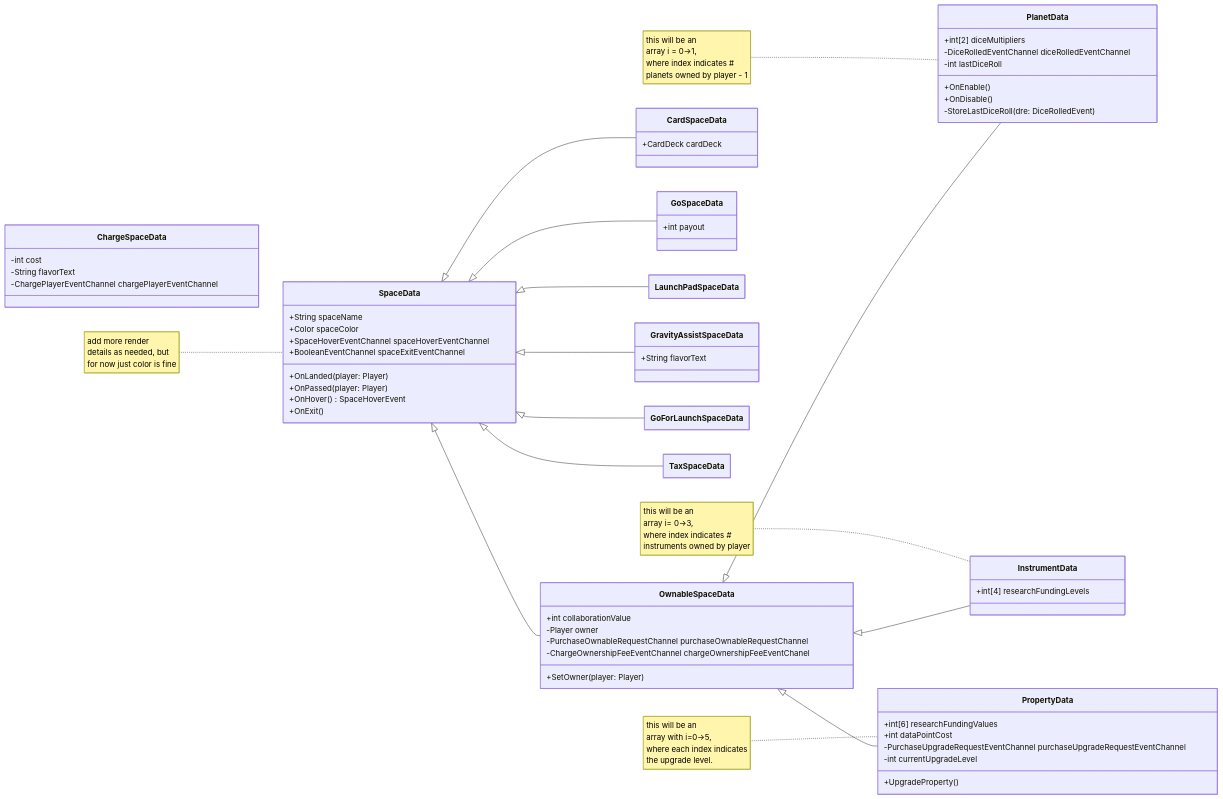
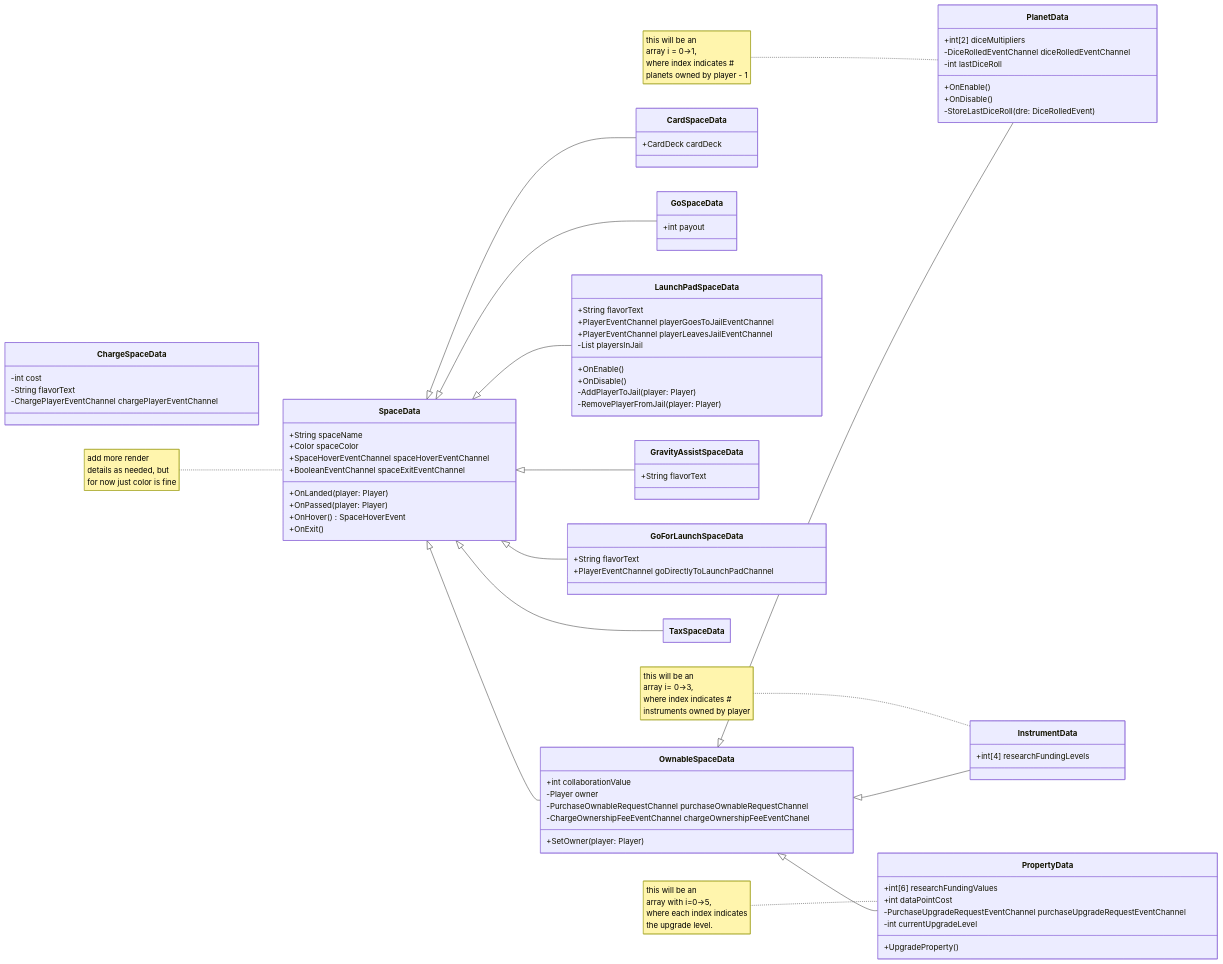
One commit to missiontopsyche-platinum/platinum_24a_game_psycheopoly-se changed the diagram in Assets/Scripts/Data/SpaceData/SpaceData-Hierarchy.mmd. Above: the diagram before and after it, drawn with Mermaid. The commit also changed 4 other files, not shown here.

Commit message:
US322 T330 Implements jail spaces (go for launch/launch pad)

```diff
--- a/Assets/Scripts/Data/SpaceData/SpaceData-Hierarchy.mmd
+++ b/Assets/Scripts/Data/SpaceData/SpaceData-Hierarchy.mmd
@@ -1,92 +1,106 @@
 ---
 config:
     class:
         hideEmptyMembersBox: true
 ---
 classDiagram
     direction LR
     
     note for SpaceData  "add more render
                         details as needed, but
                         for now just color is fine"
     class SpaceData{
         +String spaceName
         +Color spaceColor
         +SpaceHoverEventChannel spaceHoverEventChannel
         +BooleanEventChannel spaceExitEventChannel
         +OnLanded(player: Player)
         +OnPassed(player: Player)
         +OnHover() SpaceHoverEvent
         +OnExit()
     }
     class OwnableSpaceData{
         +int collaborationValue
         -Player owner
         -PurchaseOwnableRequestChannel purchaseOwnableRequestChannel
         -ChargeOwnershipFeeEventChannel chargeOwnershipFeeEventChanel
         +SetOwner(player: Player)
     }
     
     note for PropertyData       "this will be an
                                 array with i=0->5,
                                 where each index indicates
                                 the upgrade level."
     class PropertyData{
         +int[6] researchFundingValues
         +int dataPointCost
         -PurchaseUpgradeRequestEventChannel purchaseUpgradeRequestEventChannel
         -int currentUpgradeLevel
         +UpgradeProperty()
     }
     
     note for PlanetData         "this will be an
                                 array i = 0->1,
                                 where index indicates # 
                                 planets owned by player - 1"
     class PlanetData{
         +int[2] diceMultipliers
         -DiceRolledEventChannel diceRolledEventChannel
         -int lastDiceRoll
         +OnEnable()
         +OnDisable()
         -StoreLastDiceRoll(dre: DiceRolledEvent)
     }
     
     note for InstrumentData     "this will be an
                                 array i= 0->3,
                                 where index indicates #
                                 instruments owned by player"
     class InstrumentData{
         +int[4] researchFundingLevels
     }
     
     class CardSpaceData{
         +CardDeck cardDeck
     }
     
     class ChargeSpaceData{
         -int cost
         -String flavorText
         -ChargePlayerEventChannel chargePlayerEventChannel
     }
     
     class GoSpaceData{
         +int payout
     }
-
-    class LaunchPadSpaceData
+    %% I could have another base class for flavor text spaces
+    %% but its literally the only common variable between like types
+    %% so that seems like massive overkill.
+    class LaunchPadSpaceData {
+        +String flavorText
+        +PlayerEventChannel playerGoesToJailEventChannel
+        +PlayerEventChannel playerLeavesJailEventChannel
+        -List<Player> playersInJail
+        +OnEnable()
+        +OnDisable()
+        -AddPlayerToJail(player: Player)
+        -RemovePlayerFromJail(player: Player)
+    }
     class GravityAssistSpaceData {
         +String flavorText
     }
-    class GoForLaunchSpaceData
+    class GoForLaunchSpaceData {
+        +String flavorText
+        +PlayerEventChannel goDirectlyToLaunchPadChannel
+    }
 
     SpaceData <|-- TaxSpaceData
     SpaceData <|-- GoSpaceData
     SpaceData <|-- GoForLaunchSpaceData
     SpaceData <|-- GravityAssistSpaceData
     SpaceData <|-- LaunchPadSpaceData
     SpaceData <|-- CardSpaceData
     SpaceData <|-- OwnableSpaceData
     OwnableSpaceData <|-- PlanetData
     OwnableSpaceData <|-- InstrumentData
     OwnableSpaceData <|-- PropertyData
```
